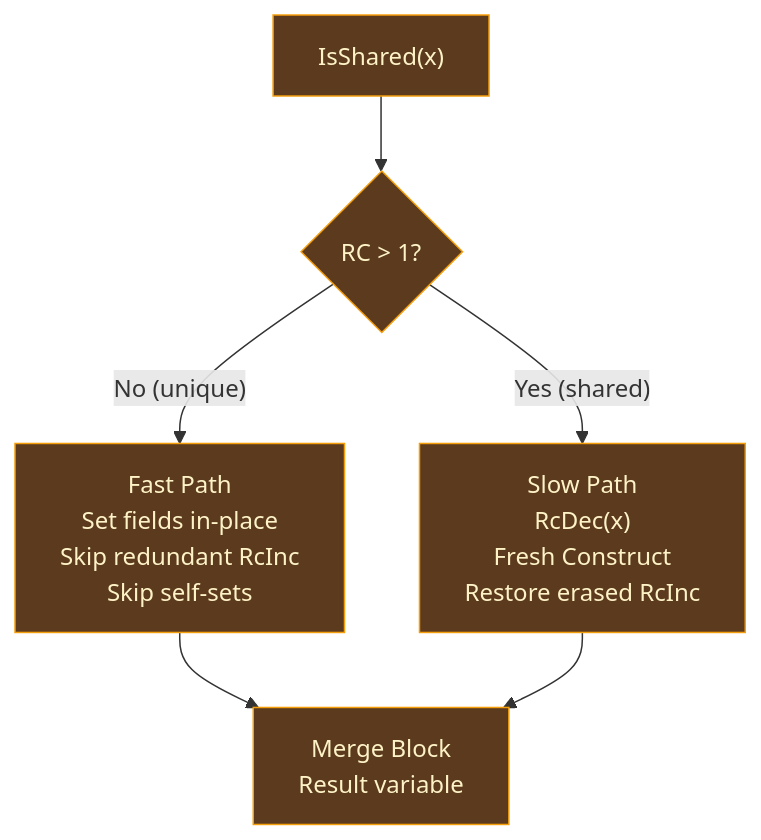
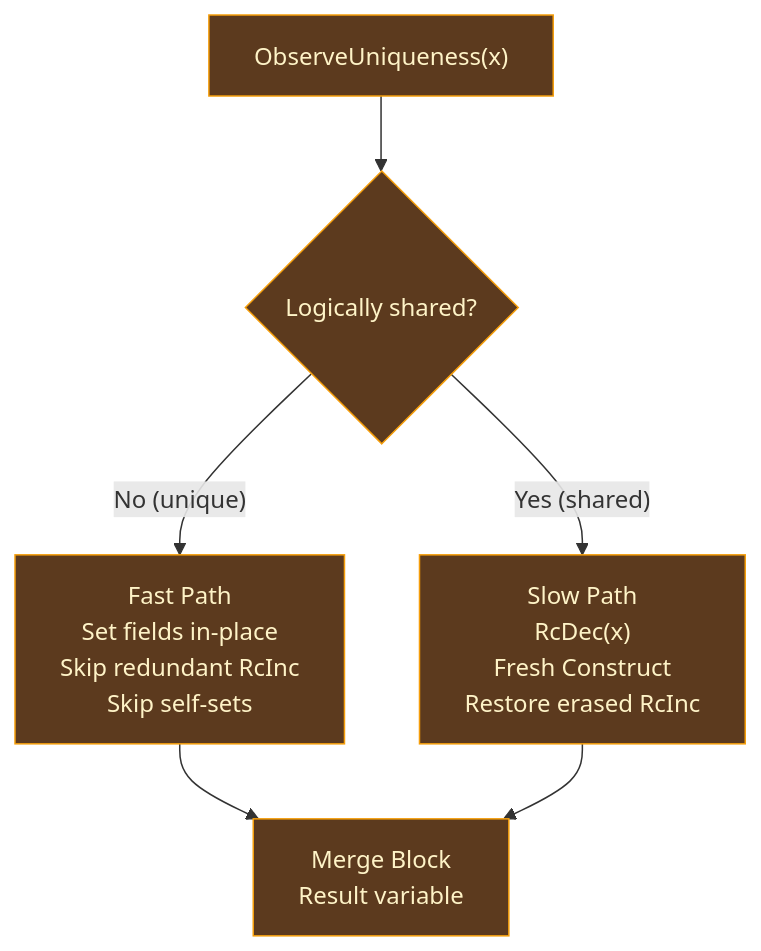
One commit to upstat-io/ori-lang changed the diagram in docs/compiler/design/09-aims/reset-reuse.md. Above: the diagram before and after it, drawn with Mermaid. The commit also changed other lines of this file and 686 other files, not shown here.

````diff
--- a/docs/compiler/design/09-aims/reset-reuse.md
+++ b/docs/compiler/design/09-aims/reset-reuse.md
@@ -80,19 +102,19 @@
 ```mermaid
 flowchart TB
-    Entry["IsShared(x)"] --> Check{"RC > 1?"}
+    Entry["ObserveUniqueness(x)"] --> Check{"Logically shared?"}
     Check -->|"No (unique)"| Fast["Fast Path
     Set fields in-place
     Skip redundant RcInc
     Skip self-sets"]
     Check -->|"Yes (shared)"| Slow["Slow Path
     RcDec(x)
     Fresh Construct
     Restore erased RcInc"]
     Fast --> Merge["Merge Block
     Result variable"]
     Slow --> Merge
 
     classDef native fill:#5c3a1e,stroke:#f59e0b,color:#fef3c7
 
     class Entry,Check,Fast,Slow,Merge native
 ```
````
